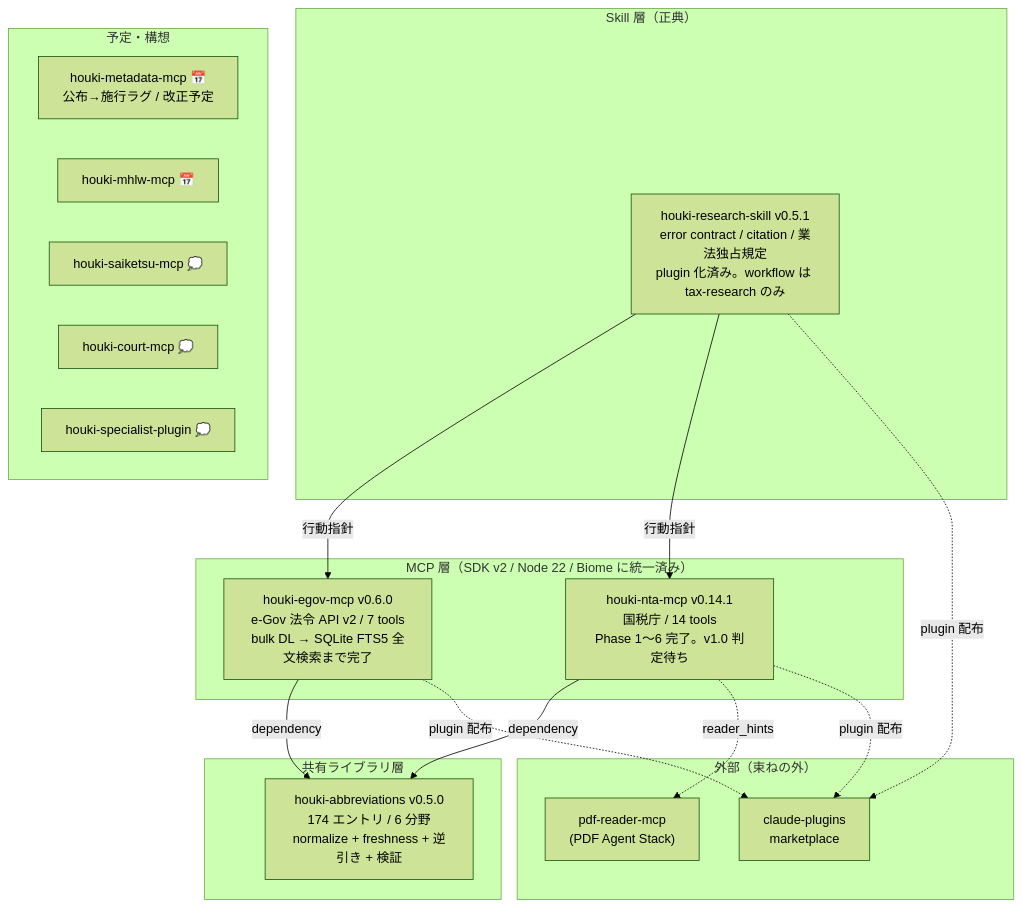
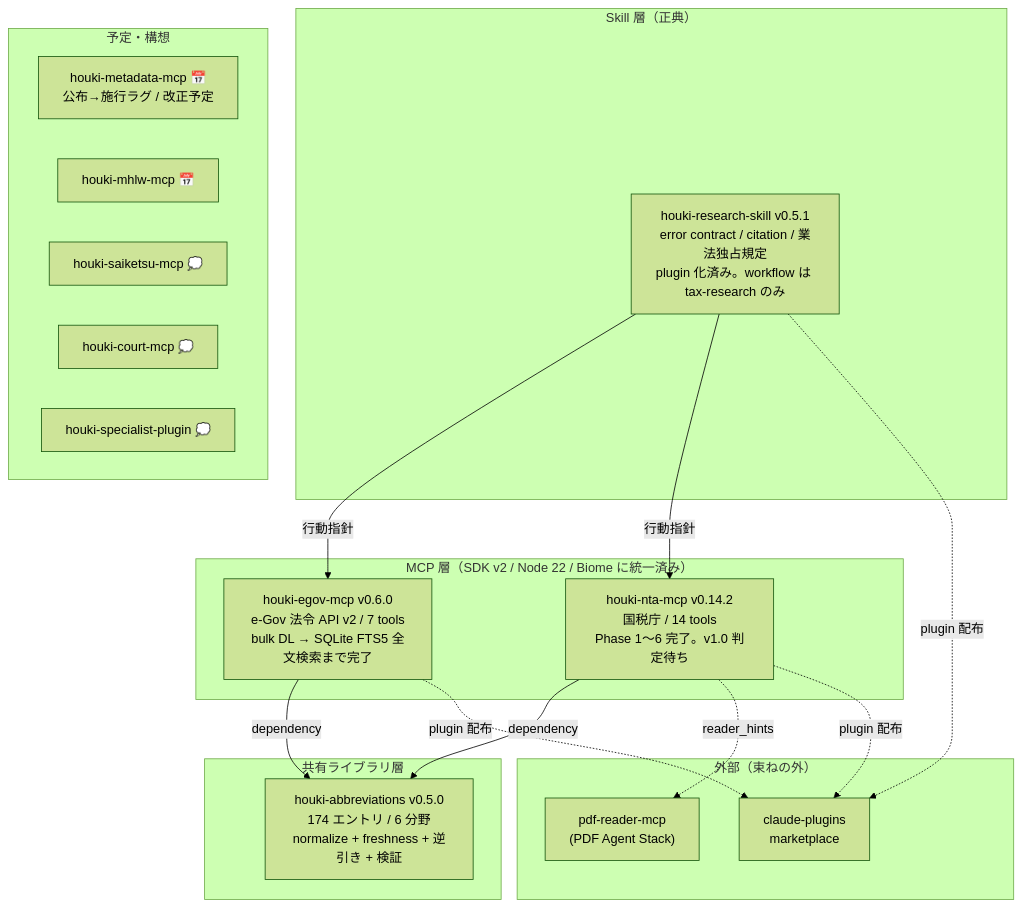
One commit to shuji-bonji/houki-hub changed the diagram in docs/ROADMAP.md. Above: the diagram before and after it, drawn with Mermaid (forest theme). The commit also changed other lines of this file and 7 other files, not shown here.

First line of the commit message:
docs: houki-nta-mcp v0.14.2 に追随する（税目フラグの検証、版表記）

````diff
--- a/docs/ROADMAP.md
+++ b/docs/ROADMAP.md
@@ -8,28 +8,28 @@
 ```mermaid
 graph TB
     subgraph Skill層["Skill 層（正典）"]
         SKILL["houki-research-skill v0.5.1<br/>error contract / citation / 業法独占規定<br/>plugin 化済み。workflow は tax-research のみ"]
     end
     subgraph MCP層["MCP 層（SDK v2 / Node 22 / Biome に統一済み）"]
         EGOV["houki-egov-mcp v0.6.0<br/>e-Gov 法令 API v2 / 7 tools<br/>bulk DL → SQLite FTS5 全文検索まで完了"]
-        NTA["houki-nta-mcp v0.14.1<br/>国税庁 / 14 tools<br/>Phase 1〜6 完了。v1.0 判定待ち"]
+        NTA["houki-nta-mcp v0.14.2<br/>国税庁 / 14 tools<br/>Phase 1〜6 完了。v1.0 判定待ち"]
     end
     subgraph 共有層["共有ライブラリ層"]
         ABBR["houki-abbreviations v0.5.0<br/>174 エントリ / 6 分野<br/>normalize + freshness + 逆引き + 検証"]
     end
     subgraph 外部["外部（束ねの外）"]
         PDF["pdf-reader-mcp<br/>(PDF Agent Stack)"]
         PLUGINS["claude-plugins<br/>marketplace"]
     end
     SKILL -->|行動指針| EGOV & NTA
     EGOV & NTA -->|dependency| ABBR
     NTA -.->|reader_hints| PDF
     EGOV & NTA & SKILL -.->|plugin 配布| PLUGINS
     subgraph 将来["予定・構想"]
         META["houki-metadata-mcp 📅<br/>公布→施行ラグ / 改正予定"]
         MHLW["houki-mhlw-mcp 📅"]
         SAIKETSU["houki-saiketsu-mcp 💭"]
         COURT["houki-court-mcp 💭"]
         AGENT["houki-specialist-plugin 💭"]
     end
 ```
````
